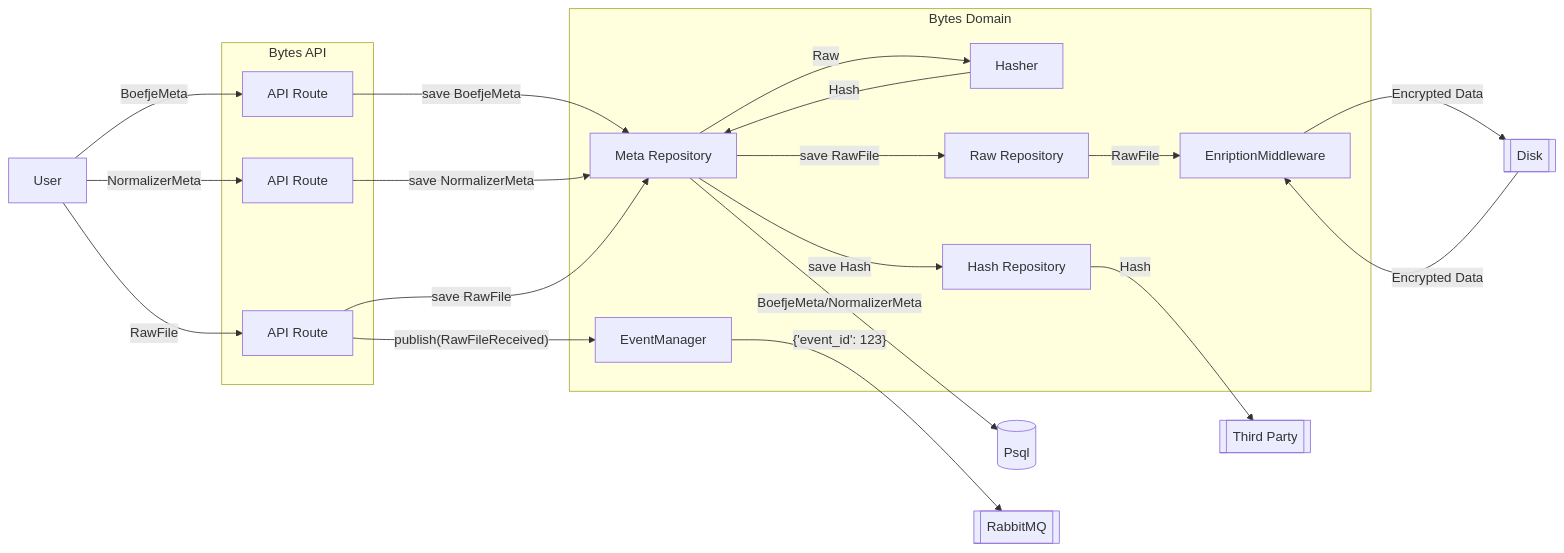
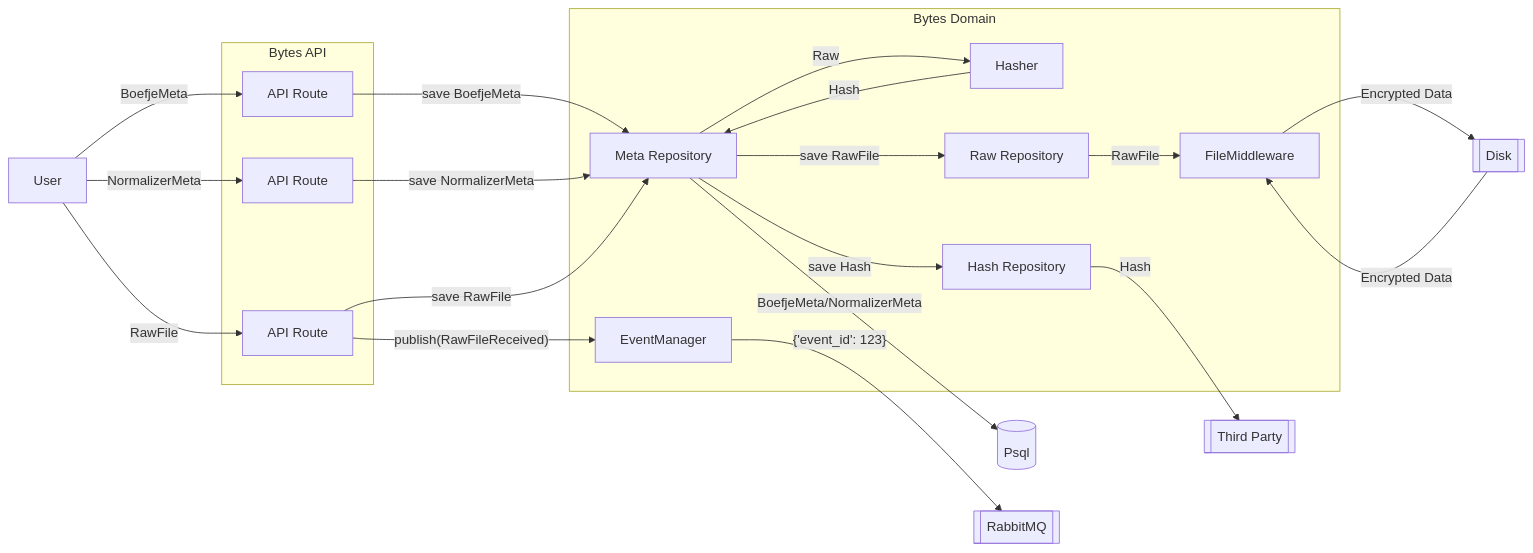
One commit to minvws/nl-kat-coordination changed the second of 2 diagrams in bytes/README.md. Above: the diagram before and after it, drawn with Mermaid.

Commit message:
Typo and actually wrong interface in docs

````diff
--- a/bytes/README.md
+++ b/bytes/README.md
@@ -163,32 +163,32 @@
 ```mermaid
 graph LR
     User -- BoefjeMeta --> APIR1
     User -- NormalizerMeta --> APIR2
     User -- RawFile --> APIR3
 
 
     User[User]
 
     APIR1 -- save BoefjeMeta --> MR
     APIR2 -- save NormalizerMeta --> MR
     APIR3 -- save RawFile --> MR
 
     subgraph API["Bytes API"]
         APIR1[API Route]
         APIR2[API Route]
         APIR3[API Route]
     end
 
     subgraph Bytes["Bytes Domain"]
         APIR3 -- "publish(RawFileReceived)" --> EM[EventManager]
         MR[Meta Repository] -- Raw  --> H[Hasher] -- Hash --> MR[Meta Repository]
         MR[Meta Repository] -- save Hash --> HR[Hash Repository]
         MR[Meta Repository] -- save RawFile --> R[Raw Repository]
-        R[Raw Repository] -- RawFile --> E[EnriptionMiddleware]
+        R[Raw Repository] -- RawFile --> F[FileMiddleware]
     end
 
-    E[EnriptionMiddleware] -- Encrypted Data --> Disk[[Disk]] -- Encrypted Data  --> E[EnriptionMiddleware]
+    F[FileMiddleware] -- Encrypted Data --> Disk[[Disk]] -- Encrypted Data  --> F[FileMiddleware]
     HR[Hash Repository] -- Hash --> T[[Third Party]]
     MR[Meta Repository] -- BoefjeMeta/NormalizerMeta --> RDB[(Psql)]
     EM[EventManager] -- "{'event_id': 123}" --> RabbitMQ[[RabbitMQ]]
 ```
````
